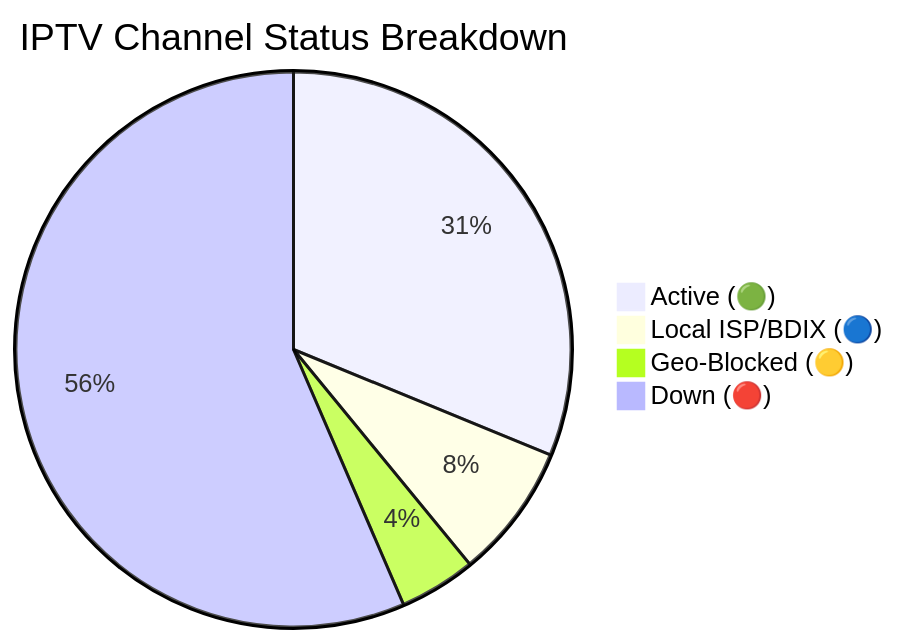
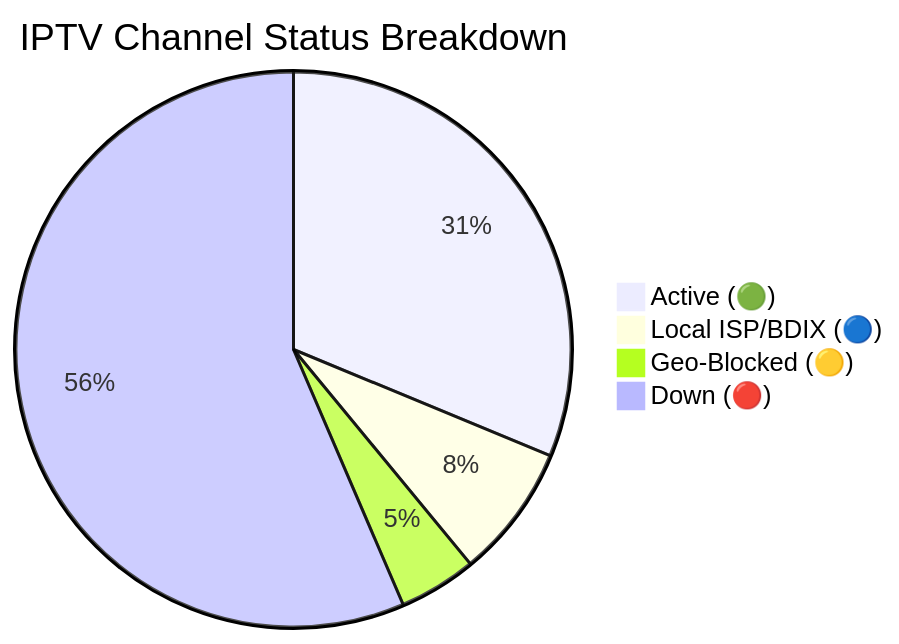
The diagram in README.md (Zaman-Topu/Ip-tv-Collection), drawn with Mermaid before and after one commit. The commit also changed other lines of this file and 6 other files, not shown here.

````diff
--- a/README.md
+++ b/README.md
@@ -149,7 +149,7 @@
 ```mermaid
 pie title IPTV Channel Status Breakdown
-    "Active (🟢)" : 10708
-    "Local ISP/BDIX (🔵)" : 2697
-    "Geo-Blocked (🟡)" : 1531
-    "Down (🔴)" : 19385
+    "Active (🟢)" : 10713
+    "Local ISP/BDIX (🔵)" : 2669
+    "Geo-Blocked (🟡)" : 1549
+    "Down (🔴)" : 19361
 ```
````
